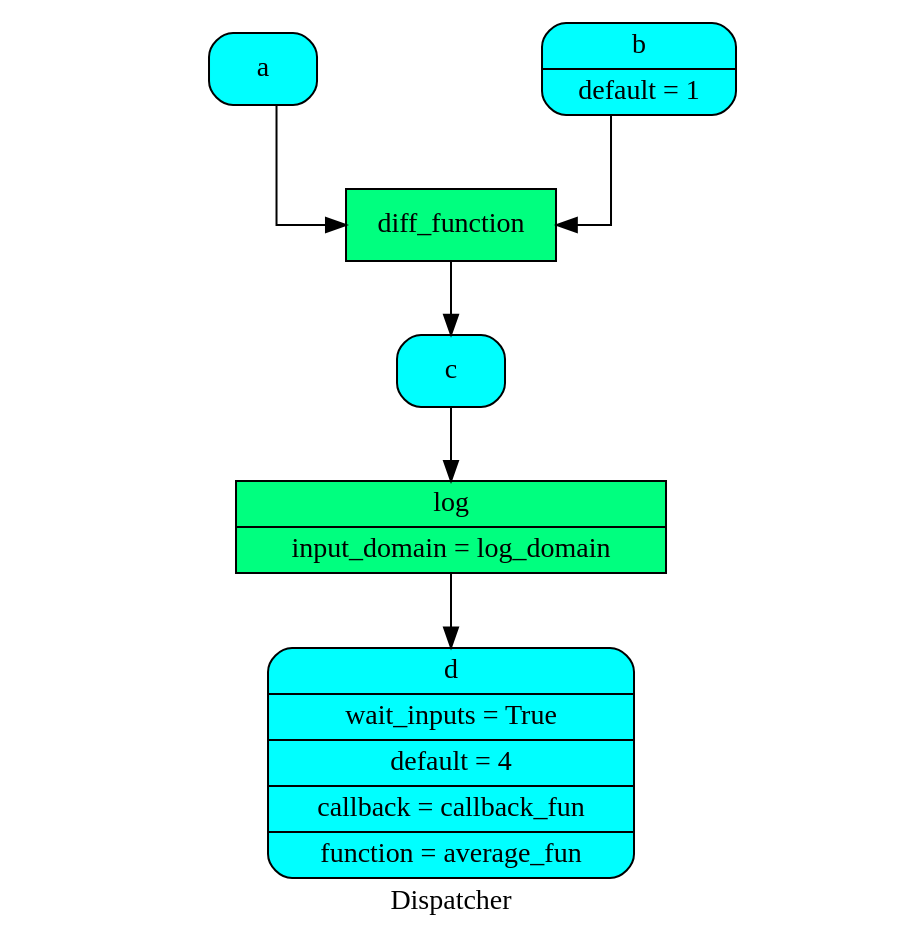
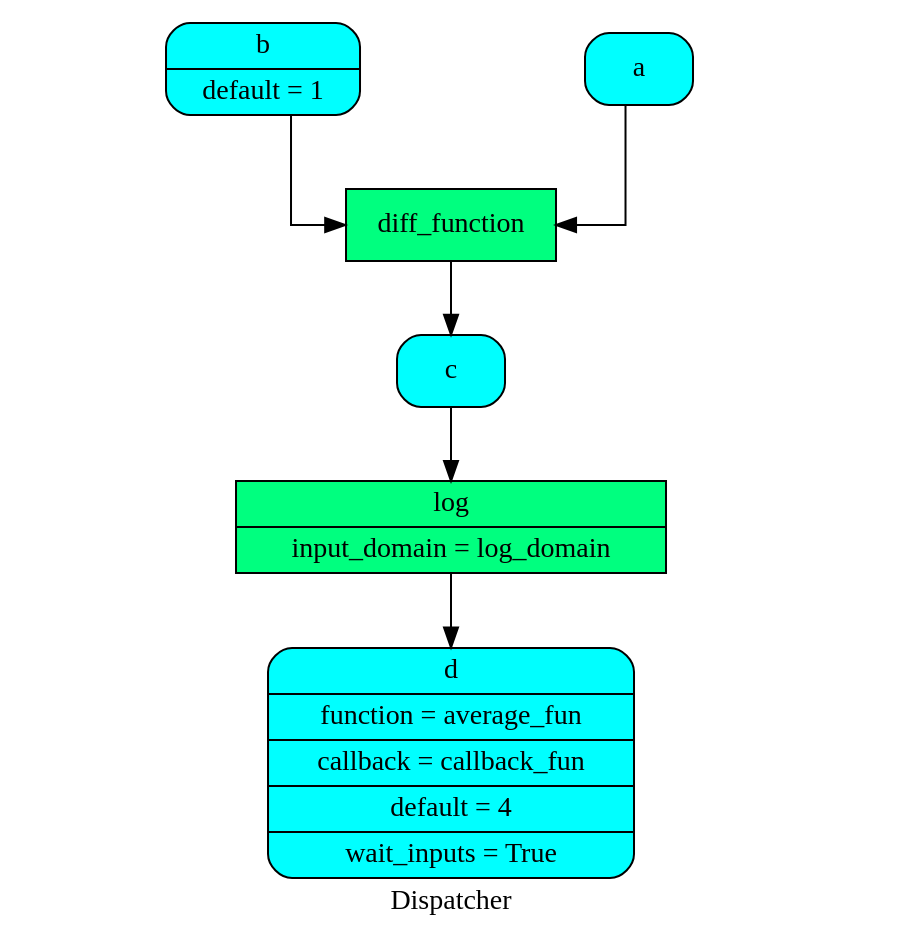
The diagram in doc/dispatcher/__init__/Dispatcher/dsp.dot (vinci1it2000/schedula), drawn with Graphviz before and after one commit. The commit also changed 24 other files, not shown here.

```diff
--- a/doc/dispatcher/__init__/Dispatcher/dsp.dot
+++ b/doc/dispatcher/__init__/Dispatcher/dsp.dot
@@ -1,17 +1,17 @@
 digraph Dispatcher {
 	graph [ratio=1]
 	node [style=filled]
+	label = "Dispatcher"
 	splines = ortho
-	label = "Dispatcher"
-		Dispatcher_1126692026956011136 [label="{ diff_function  }" fillcolor=springgreen shape=record]
-		Dispatcher_6978204315916669291 [label="{ a  }" fillcolor=cyan shape=Mrecord]
-		"Dispatcher_-5545055566201825740" [label="{ log | input_domain = log_domain }" fillcolor=springgreen shape=record]
-		Dispatcher_5471397706553619705 [label="{ d | wait_inputs = True | default = 4 | callback = callback_fun | function = average_fun }" fillcolor=cyan shape=Mrecord]
-		Dispatcher_5731122394292607163 [label="{ b | default = 1 }" fillcolor=cyan shape=Mrecord]
-		"Dispatcher_-9068828303841174803" [label="{ c  }" fillcolor=cyan shape=Mrecord]
-			Dispatcher_1126692026956011136 -> "Dispatcher_-9068828303841174803"
-			Dispatcher_6978204315916669291 -> Dispatcher_1126692026956011136
-			"Dispatcher_-5545055566201825740" -> Dispatcher_5471397706553619705
-			Dispatcher_5731122394292607163 -> Dispatcher_1126692026956011136
-			"Dispatcher_-9068828303841174803" -> "Dispatcher_-5545055566201825740"
+		Dispatcher_2454507358469954929 [label="{ d | function = average_fun | callback = callback_fun | default = 4 | wait_inputs = True }" fillcolor=cyan shape=Mrecord]
+		Dispatcher_6185816497042703556 [label="{ b | default = 1 }" fillcolor=cyan shape=Mrecord]
+		"Dispatcher_-6053996528196385240" [label="{ c  }" fillcolor=cyan shape=Mrecord]
+		Dispatcher_2203997267912285163 [label="{ a  }" fillcolor=cyan shape=Mrecord]
+		"Dispatcher_-2658388023599773892" [label="{ diff_function  }" fillcolor=springgreen shape=record]
+		"Dispatcher_-162521449536860787" [label="{ log | input_domain = log_domain }" fillcolor=springgreen shape=record]
+			Dispatcher_6185816497042703556 -> "Dispatcher_-2658388023599773892"
+			"Dispatcher_-6053996528196385240" -> "Dispatcher_-162521449536860787"
+			Dispatcher_2203997267912285163 -> "Dispatcher_-2658388023599773892"
+			"Dispatcher_-2658388023599773892" -> "Dispatcher_-6053996528196385240"
+			"Dispatcher_-162521449536860787" -> Dispatcher_2454507358469954929
 }
```
